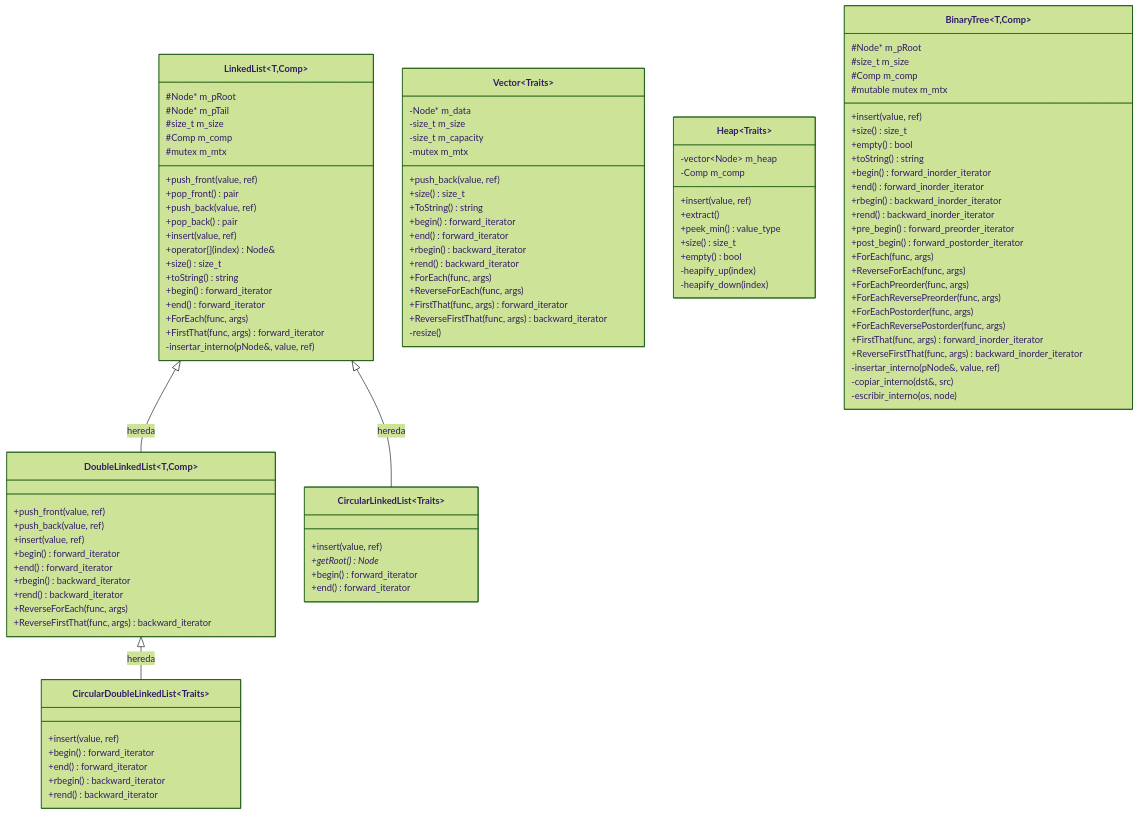
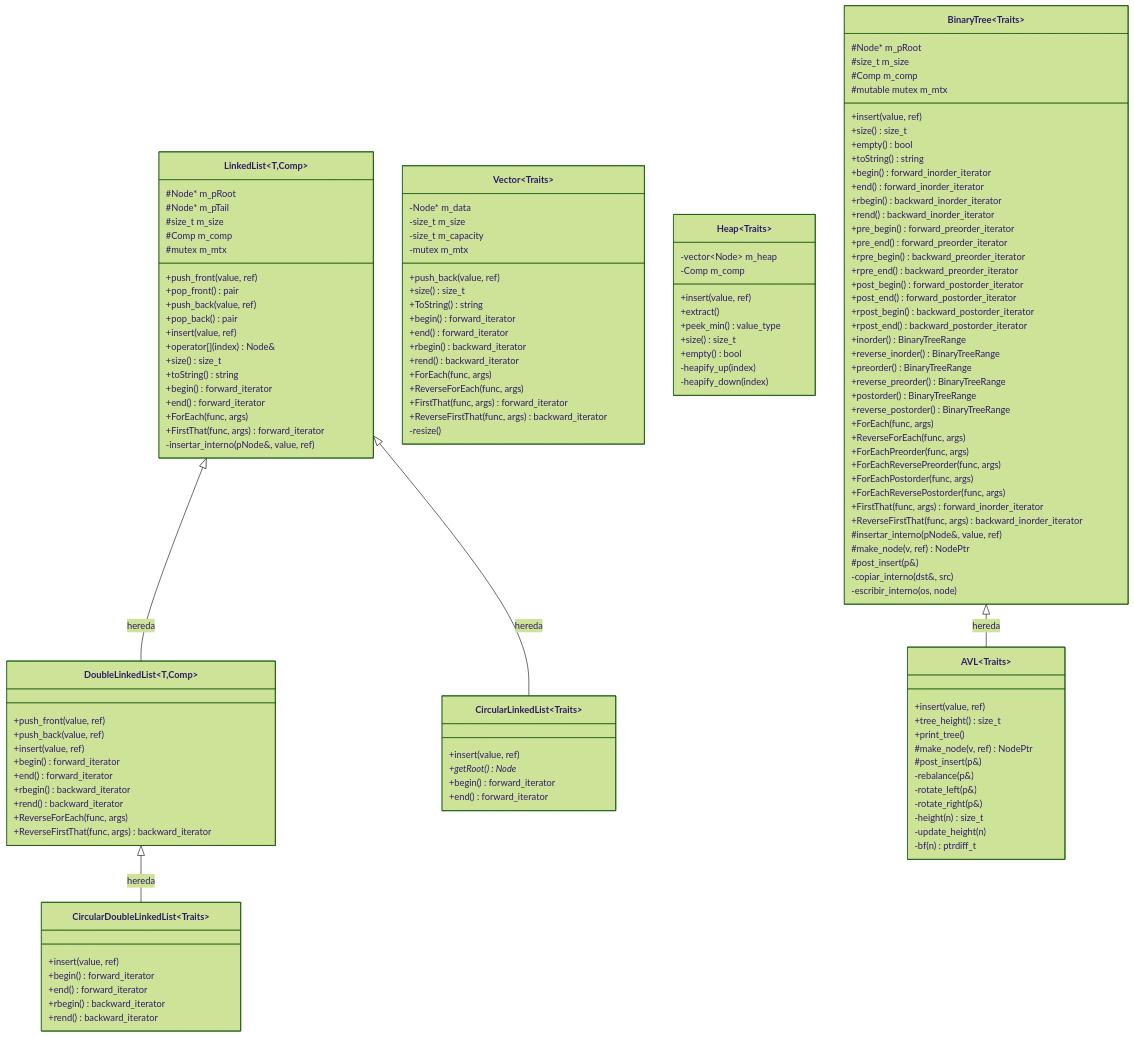
One commit to Camilo-vinatea/2026-I-MCC001-AED changed the first of 10 diagrams in README.md. Above: the diagram before and after it, drawn with Mermaid (forest theme). The commit also changed other lines of this file and 9 other files, not shown here.

Commit message:
avl reusando insertar de binarytree

````diff
--- a/README.md
+++ b/README.md
@@ -87,7 +87,7 @@
         -heapify_down(index)
     }
 
-    class BinaryTree~T,Comp~ {
+    class BinaryTree~Traits~ {
         #Node* m_pRoot
         #size_t m_size
         #Comp m_comp
@@ -101,7 +101,19 @@
         +rbegin() backward_inorder_iterator
         +rend() backward_inorder_iterator
         +pre_begin() forward_preorder_iterator
+        +pre_end() forward_preorder_iterator
+        +rpre_begin() backward_preorder_iterator
+        +rpre_end() backward_preorder_iterator
         +post_begin() forward_postorder_iterator
+        +post_end() forward_postorder_iterator
+        +rpost_begin() backward_postorder_iterator
+        +rpost_end() backward_postorder_iterator
+        +inorder() BinaryTreeRange
+        +reverse_inorder() BinaryTreeRange
+        +preorder() BinaryTreeRange
+        +reverse_preorder() BinaryTreeRange
+        +postorder() BinaryTreeRange
+        +reverse_postorder() BinaryTreeRange
         +ForEach(func, args)
         +ReverseForEach(func, args)
         +ForEachPreorder(func, args)
@@ -110,12 +122,29 @@
         +ForEachReversePostorder(func, args)
         +FirstThat(func, args) forward_inorder_iterator
         +ReverseFirstThat(func, args) backward_inorder_iterator
-        -insertar_interno(pNode&, value, ref)
+        #insertar_interno(pNode&, value, ref)
+        #make_node(v, ref) NodePtr
+        #post_insert(p&)
         -copiar_interno(dst&, src)
         -escribir_interno(os, node)
+    }
+
+    class AVL~Traits~ {
+        +insert(value, ref)
+        +tree_height() size_t
+        +print_tree()
+        #make_node(v, ref) NodePtr
+        #post_insert(p&)
+        -rebalance(p&)
+        -rotate_left(p&)
+        -rotate_right(p&)
+        -height(n) size_t
+        -update_height(n)
+        -bf(n) ptrdiff_t
     }
 
     LinkedList <|-- DoubleLinkedList : hereda
     LinkedList <|-- CircularLinkedList : hereda
     DoubleLinkedList <|-- CircularDoubleLinkedList : hereda
+    BinaryTree <|-- AVL : hereda
 ```
````
